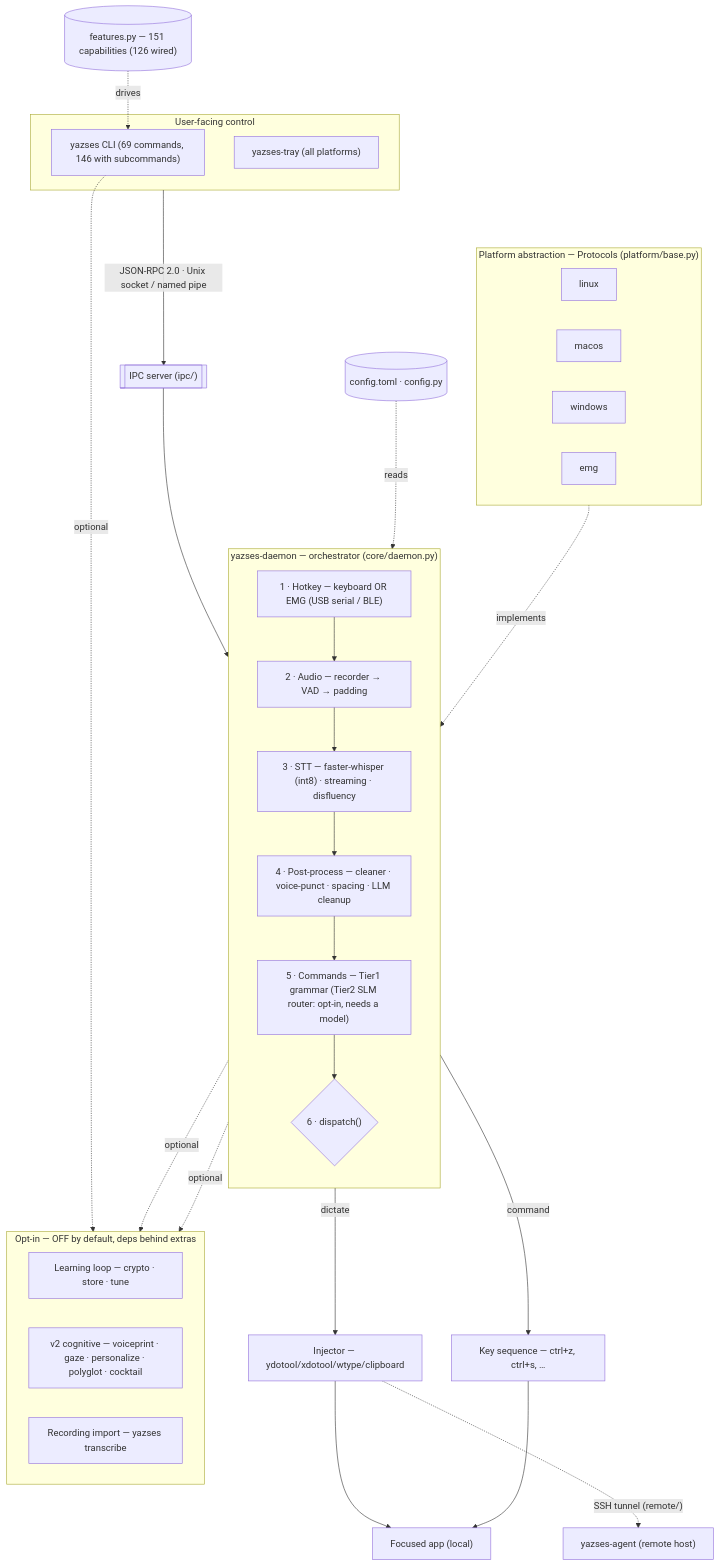
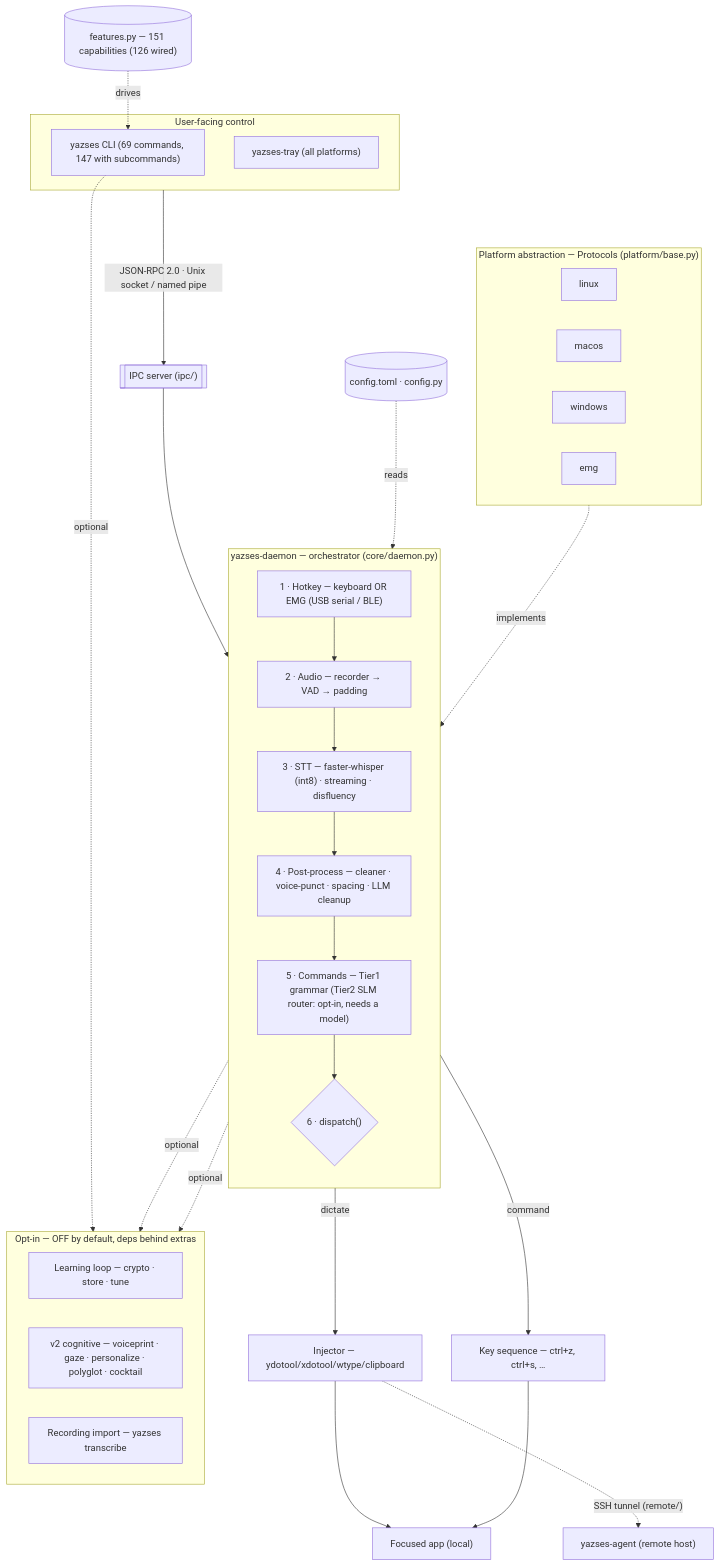
One commit to MSKazemi/yazses changed the diagram in docs/diagrams/index.md. Above: the diagram before and after it, drawn with Mermaid. The commit also changed 62 other files, not shown here.

````diff
--- a/docs/diagrams/index.md
+++ b/docs/diagrams/index.md
@@ -22,50 +22,50 @@
 ```mermaid
 flowchart TB
   subgraph UI["User-facing control"]
-    CLI["yazses CLI (69 commands, 146 with subcommands)"]
+    CLI["yazses CLI (69 commands, 147 with subcommands)"]
     TRAY["yazses-tray (all platforms)"]
   end
   UI -->|"JSON-RPC 2.0 · Unix socket / named pipe"| IPC[["IPC server (ipc/)"]]
   IPC --> DAEMON
 
   subgraph DAEMON["yazses-daemon — orchestrator (core/daemon.py)"]
     direction TB
     HK["1 · Hotkey — keyboard OR EMG (USB serial / BLE)"]
     AUD["2 · Audio — recorder → VAD → padding"]
     STT["3 · STT — faster-whisper (int8) · streaming · disfluency"]
     PP["4 · Post-process — cleaner · voice-punct · spacing · LLM cleanup"]
     CMD["5 · Commands — Tier1 grammar (Tier2 SLM router: opt-in, needs a model)"]
     DIS{"6 · dispatch()"}
     HK --> AUD --> STT --> PP --> CMD --> DIS
   end
 
   CFG[("config.toml · config.py")]
   FEAT[("features.py — 151 capabilities (126 wired)")]
   CFG -. reads .-> DAEMON
   FEAT -. drives .-> CLI
 
   DIS -->|dictate| INJ["Injector — ydotool/xdotool/wtype/clipboard"]
   DIS -->|command| KEYS["Key sequence — ctrl+z, ctrl+s, …"]
   INJ --> APP["Focused app (local)"]
   KEYS --> APP
   INJ -. "SSH tunnel (remote/)" .-> AGENT["yazses-agent (remote host)"]
 
   subgraph PLAT["Platform abstraction — Protocols (platform/base.py)"]
     direction LR
     LNX["linux"]
     MAC["macos"]
     WIN["windows"]
     EMG["emg"]
   end
   PLAT -. implements .-> DAEMON
 
   subgraph OPT["Opt-in — OFF by default, deps behind extras"]
     direction LR
     LEARN["Learning loop — crypto · store · tune"]
     V2["v2 cognitive — voiceprint · gaze · personalize · polyglot · cocktail"]
     RECIMP["Recording import — yazses transcribe"]
   end
   DAEMON -. optional .-> LEARN
   DAEMON -. optional .-> V2
   CLI -. optional .-> RECIMP
 ```
````
